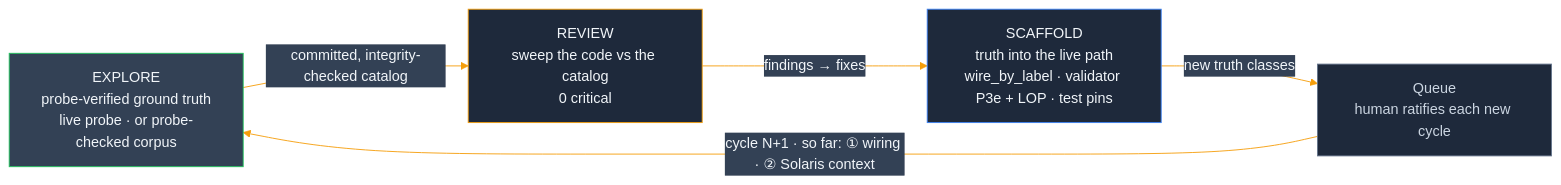
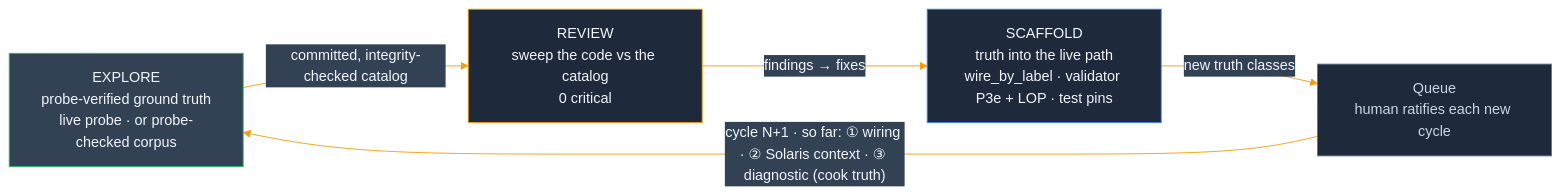
One commit to JosephOIbrahim/Synapse changed the third of 6 diagrams in README.md. Above: the diagram before and after it, drawn with Mermaid. The commit also changed other lines of this file and 16 other files, not shown here.

First line of the commit message:
release: v5.21.0 — diagnostic truth · the self-protecting harness · readiness verdict

````diff
--- a/README.md
+++ b/README.md
@@ -116,12 +144,12 @@
 ```mermaid
 %%{init: {'theme':'base', 'themeVariables': {'primaryColor':'#1e293b','primaryTextColor':'#f1f5f9','primaryBorderColor':'#0f172a','lineColor':'#f59e0b','secondaryColor':'#334155','tertiaryColor':'#475569'}}}%%
 flowchart LR
     EXP["EXPLORE<br/>probe-verified ground truth<br/>live probe · or probe-checked corpus"]:::hou -->|"committed, integrity-checked catalog"| REV["REVIEW<br/>sweep the code vs the catalog<br/>0 critical"]:::bridge
     REV -->|"findings → fixes"| SCAF["SCAFFOLD<br/>truth into the live path<br/>wire_by_label · validator P3e + LOP · test pins"]:::panel
     SCAF -->|"new truth classes"| NEXT["Queue<br/>human ratifies each new cycle"]:::side
-    NEXT -->|"cycle N+1 · so far: ① wiring · ② Solaris context"| EXP
+    NEXT -->|"cycle N+1 · so far: ① wiring · ② Solaris context · ③ diagnostic (cook truth)"| EXP
     classDef panel fill:#1e293b,stroke:#3b82f6,color:#f1f5f9
     classDef bridge fill:#1e293b,stroke:#f59e0b,color:#f1f5f9
     classDef hou fill:#334155,stroke:#22c55e,color:#f1f5f9
     classDef side fill:#1e293b,stroke:#64748b,color:#cbd5e1
 ```
````
